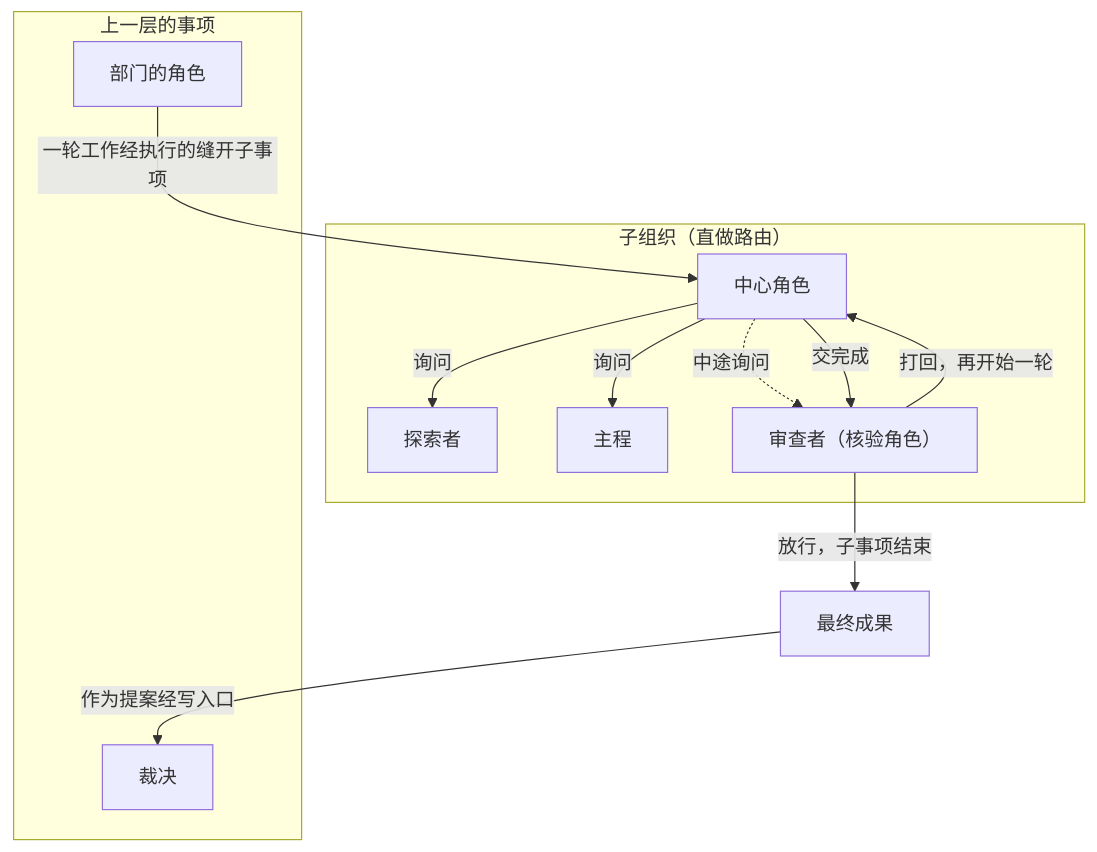
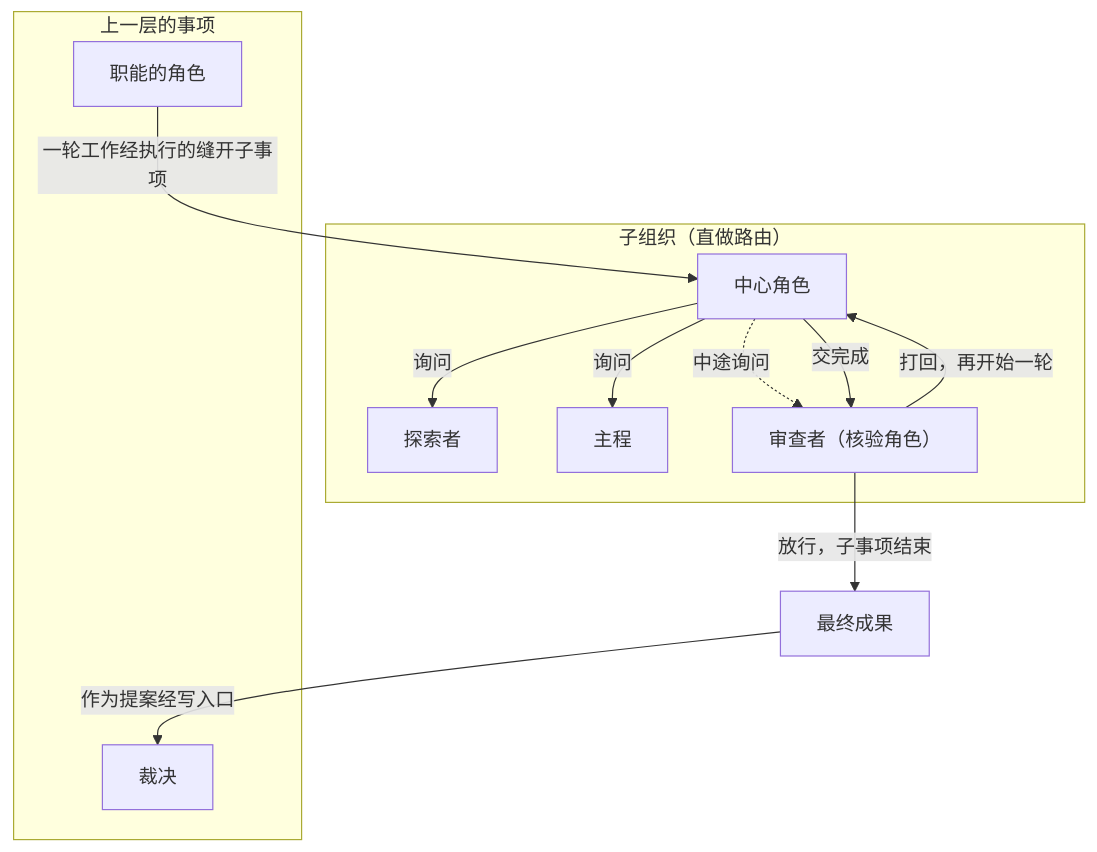
Before and after one commit to bender2333/yudao: the first of 2 diagrams in docs/design/department-roles.md, drawn with Mermaid. The commit also changed other lines of this file and 149 other files, not shown here.

````diff
--- a/docs/design/department-roles.md
+++ b/docs/design/department-roles.md
@@ -35,21 +35,21 @@
 ```mermaid
 flowchart TB
   subgraph UP["上一层的事项"]
-    R["部门的角色"]
+    R["职能的角色"]
     J["裁决"]
   end
   subgraph SUB["子组织（直做路由）"]
     C["中心角色"]
     E["探索者"]
     P["主程"]
     V["审查者（核验角色）"]
   end
   R -- "一轮工作经执行的缝开子事项" --> C
   C -- 询问 --> E
   C -- 询问 --> P
   C -. 中途询问 .-> V
   C -- 交完成 --> V
   V -- 打回，再开始一轮 --> C
   V -- 放行，子事项结束 --> OUT["最终成果"]
   OUT -- "作为提案经写入口" --> J
 ```
````
